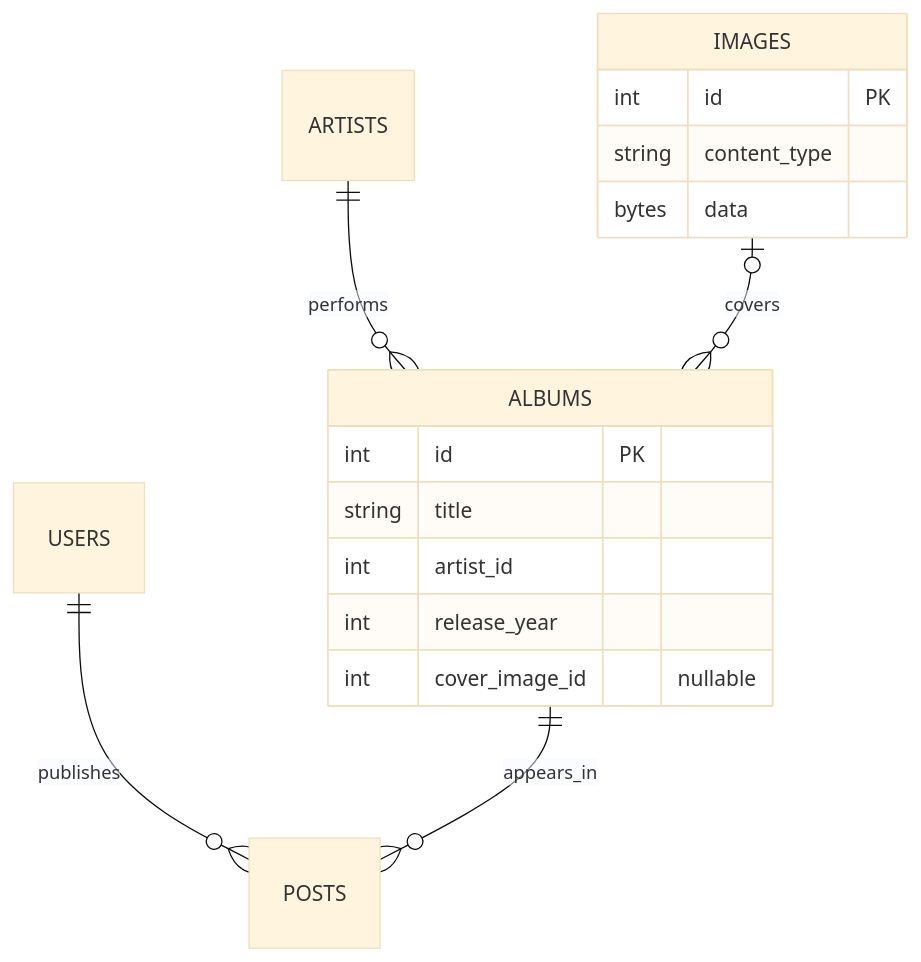
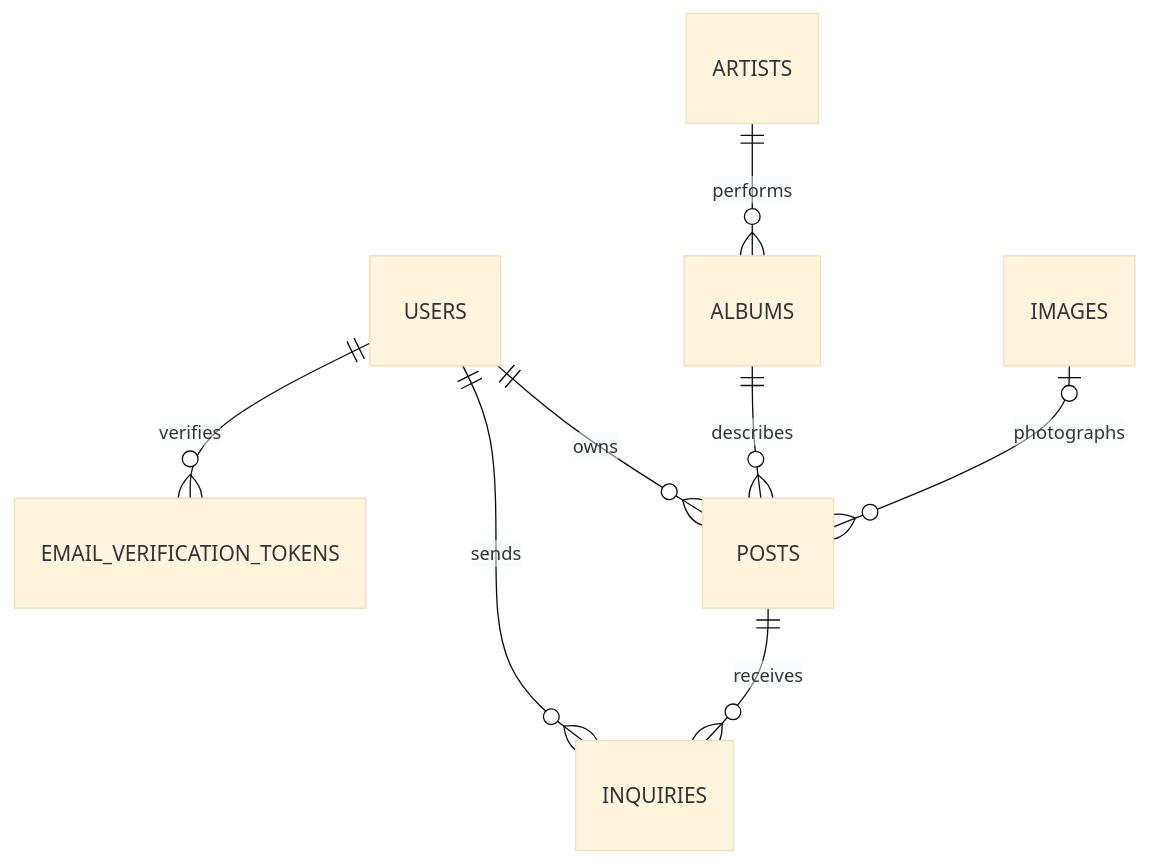
The diagram in Domain and identity.md (BautistaPessagno/PAW_Vault), drawn with Mermaid (base theme) before and after one commit. The commit also changed other lines of this file and 125 other files, not shown here.

````diff
--- a/Domain and identity.md
+++ b/Domain and identity.md
@@ -18,19 +27,10 @@
 ```mermaid
 erDiagram
-    USERS ||--o{ POSTS : publishes
+    USERS ||--o{ POSTS : owns
     ARTISTS ||--o{ ALBUMS : performs
-    ALBUMS ||--o{ POSTS : appears_in
-    IMAGES o|--o{ ALBUMS : covers
-    ALBUMS {
-        int id PK
-        string title
-        int artist_id
-        int release_year
-        int cover_image_id "nullable"
-    }
-    IMAGES {
-        int id PK
-        string content_type
-        bytes data
-    }
+    ALBUMS ||--o{ POSTS : describes
+    IMAGES o|--o{ POSTS : photographs
+    POSTS ||--o{ INQUIRIES : receives
+    USERS ||--o{ INQUIRIES : sends
+    USERS ||--o{ EMAIL_VERIFICATION_TOKENS : verifies
 ```
````
